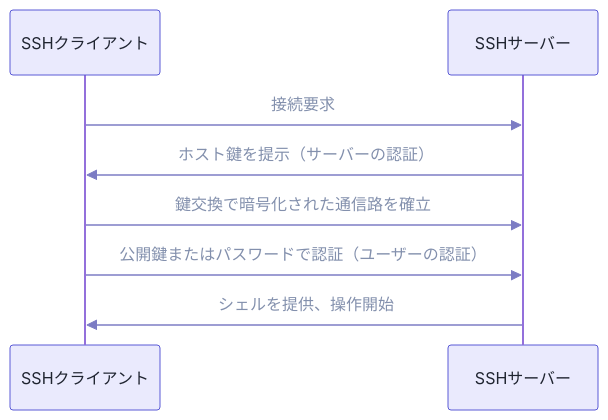
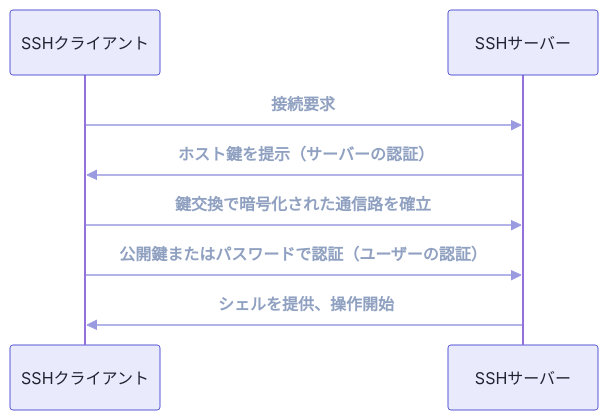
Before and after one commit to nagahara-naoki/zenn: the diagram in articles/9df720490afd39.md, drawn with Mermaid.

Commit message:
SSHとは

````diff
--- a/articles/9df720490afd39.md
+++ b/articles/9df720490afd39.md
@@ -63,23 +63,23 @@
 ```mermaid
-%%{init: {'themeVariables': {
+%%{init: {'sequence': {'messageFontWeight': 'bold', 'messageFontSize': 15}, 'themeVariables': {
   'actorBkg': '#eaeafd',
   'actorBorder': '#5b5bd6',
   'actorTextColor': '#1f2430',
-  'signalColor': '#7c7cc4',
-  'signalTextColor': '#8390ad',
+  'signalColor': '#9a9ae0',
+  'signalTextColor': '#8fa0c0',
   'messageFontWeight': 'bold',
   'labelBoxBkgColor': '#eaeafd',
   'labelTextColor': '#1f2430',
   'noteBkgColor': '#eaeafd',
   'noteTextColor': '#1f2430',
   'noteBorderColor': '#5b5bd6'
 }}}%%
 sequenceDiagram
     participant C as SSHクライアント
     participant S as SSHサーバー
     C->>S: 接続要求
     S->>C: ホスト鍵を提示（サーバーの認証）
     C->>S: 鍵交換で暗号化された通信路を確立
     C->>S: 公開鍵またはパスワードで認証（ユーザーの認証）
     S->>C: シェルを提供、操作開始
 ```
````
